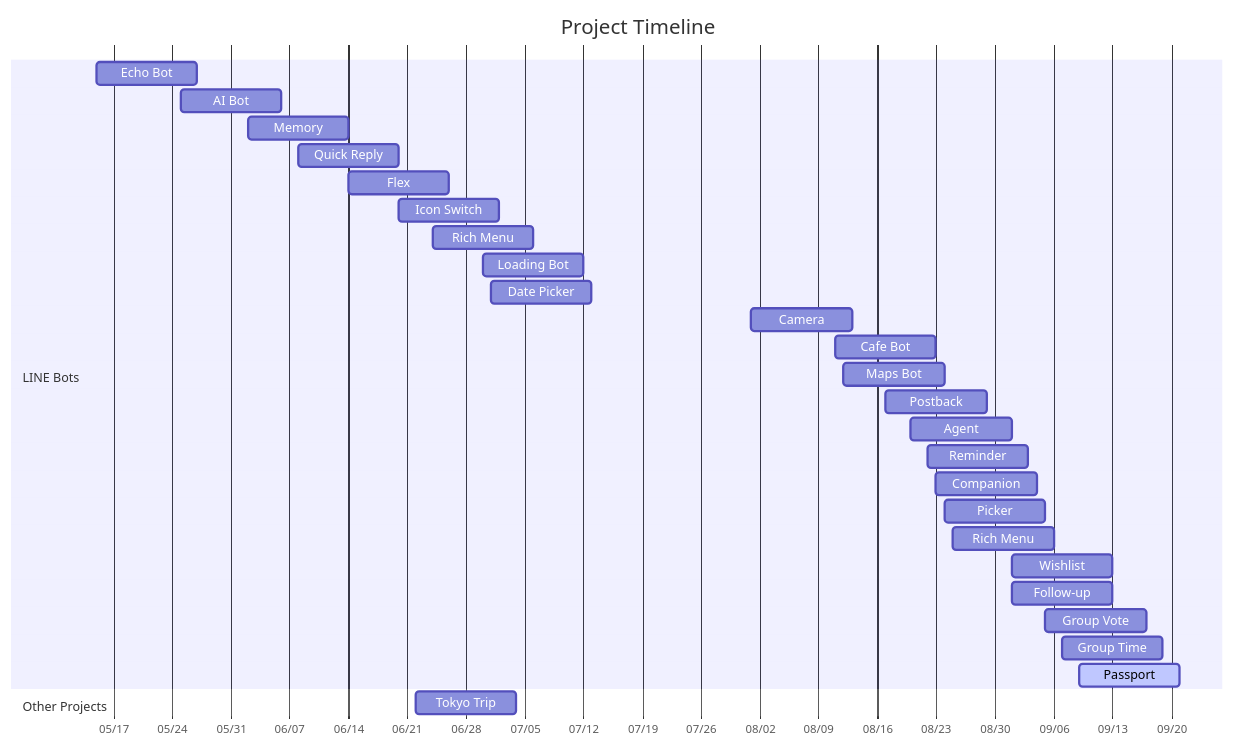
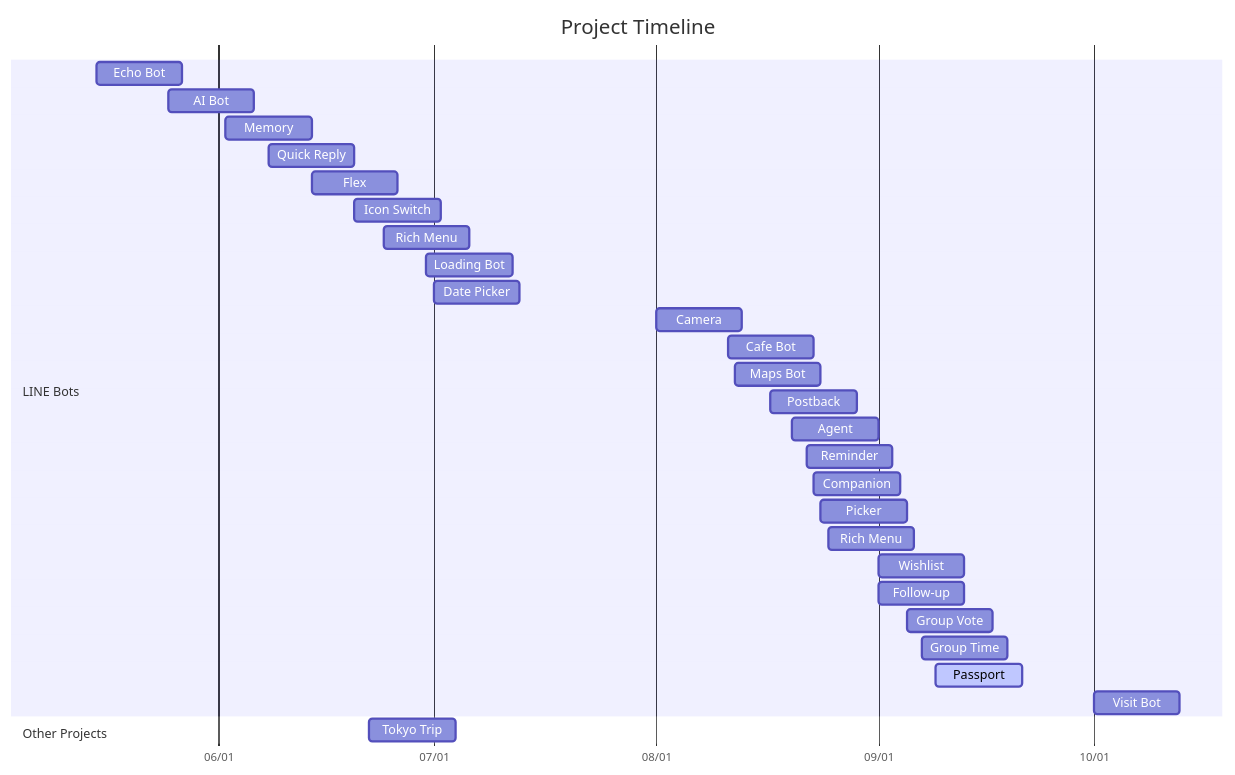
The diagram in README.md (zonawang/zona-ai-learning-lab), drawn with Mermaid before and after one commit. The commit also changed other lines of this file, not shown here.

Commit message:
docs: place Visit Bot inside project timeline

````diff
--- a/README.md
+++ b/README.md
@@ -16,34 +16,35 @@
 ```mermaid
 gantt
     title Project Timeline
     dateFormat YYYY-MM-DD
     axisFormat %m/%d
 
     section LINE Bots
     Echo Bot      :p1, 2026-05-15, 12d
     AI Bot        :p2, 2026-05-25, 12d
     Memory        :p3, 2026-06-02, 12d
     Quick Reply   :p4, 2026-06-08, 12d
     Flex          :p5, 2026-06-14, 12d
     Icon Switch   :p6, 2026-06-20, 12d
     Rich Menu     :p8, 2026-06-24, 12d
     Loading Bot   :p9, 2026-06-30, 12d
     Date Picker   :p10, 2026-07-01, 12d
     Camera        :p11, 2026-08-01, 12d
     Cafe Bot      :p12, 2026-08-11, 12d
     Maps Bot      :p13, 2026-08-12, 12d
     Postback      :p14, 2026-08-17, 12d
     Agent         :p15, 2026-08-20, 12d
     Reminder      :p16, 2026-08-22, 12d
     Companion     :p17, 2026-08-23, 12d
     Picker        :p18, 2026-08-24, 12d
     Rich Menu     :p19, 2026-08-25, 12d
     Wishlist      :p20, 2026-09-01, 12d
     Follow-up     :p21, 2026-09-01, 12d
     Group Vote    :p22, 2026-09-05, 12d
     Group Time    :p23, 2026-09-07, 12d
     Passport      :active, p24, 2026-09-09, 12d
+    Visit Bot     :p25, 2026-10-01, 12d
 
     section Other Projects
     Tokyo Trip    :p7, 2026-06-22, 12d
 ```
````
